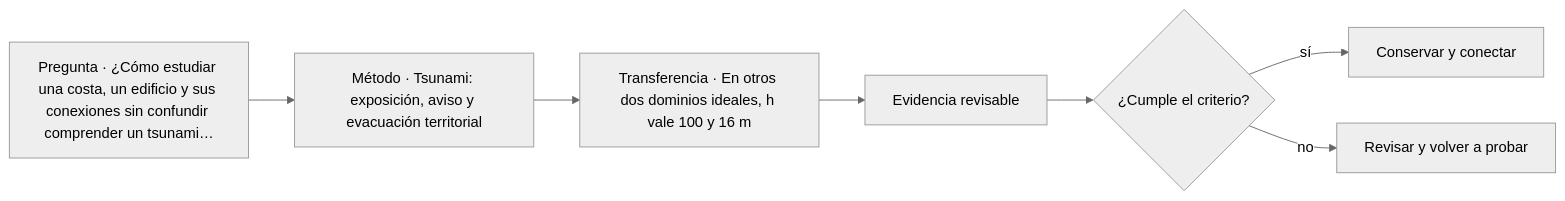
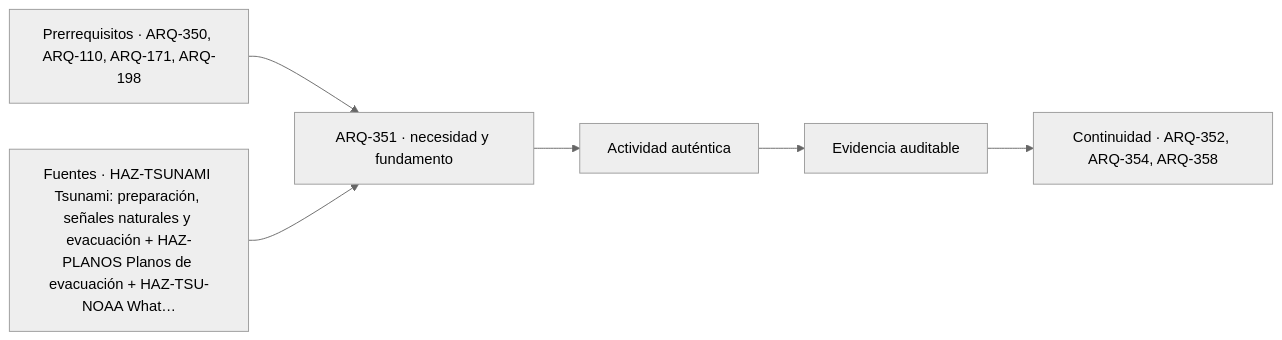
Before and after one commit to vladimiracunadev-create/architecture-built-environment-learning-program: the diagram in classes/parte-36/ARQ-351.md, drawn with Mermaid (neutral theme). The commit also changed other lines of this file and 761 other files, not shown here.

````diff
--- a/classes/parte-36/ARQ-351.md
+++ b/classes/parte-36/ARQ-351.md
@@ -103,9 +115,8 @@
 ```mermaid
 flowchart LR
-    Q["Pregunta · ¿Cómo estudiar una costa, un edificio y sus conexiones sin confundir comprender un tsunami…"] --> M["Método · Tsunami: exposición, aviso y evacuación territorial"]
-    M --> P["Transferencia · En otros dos dominios ideales, h vale 100 y 16 m"]
-    P --> E["Evidencia revisable"]
-    E --> C{"¿Cumple el criterio?"}
-    C -->|sí| T["Conservar y conectar"]
-    C -->|no| R["Revisar y volver a probar"]
+    A["Prerrequisitos · ARQ-350, ARQ-110, ARQ-171, ARQ-198"] --> B["ARQ-351 · necesidad y fundamento"]
+    S["Fuentes · HAZ-TSUNAMI Tsunami: preparación, señales naturales y evacuación + HAZ-PLANOS Planos de evacuación + HAZ-TSU-NOAA What…"] --> B
+    B --> C["Actividad auténtica"]
+    C --> D["Evidencia auditable"]
+    D --> E["Continuidad · ARQ-352, ARQ-354, ARQ-358"]
 ```
````
